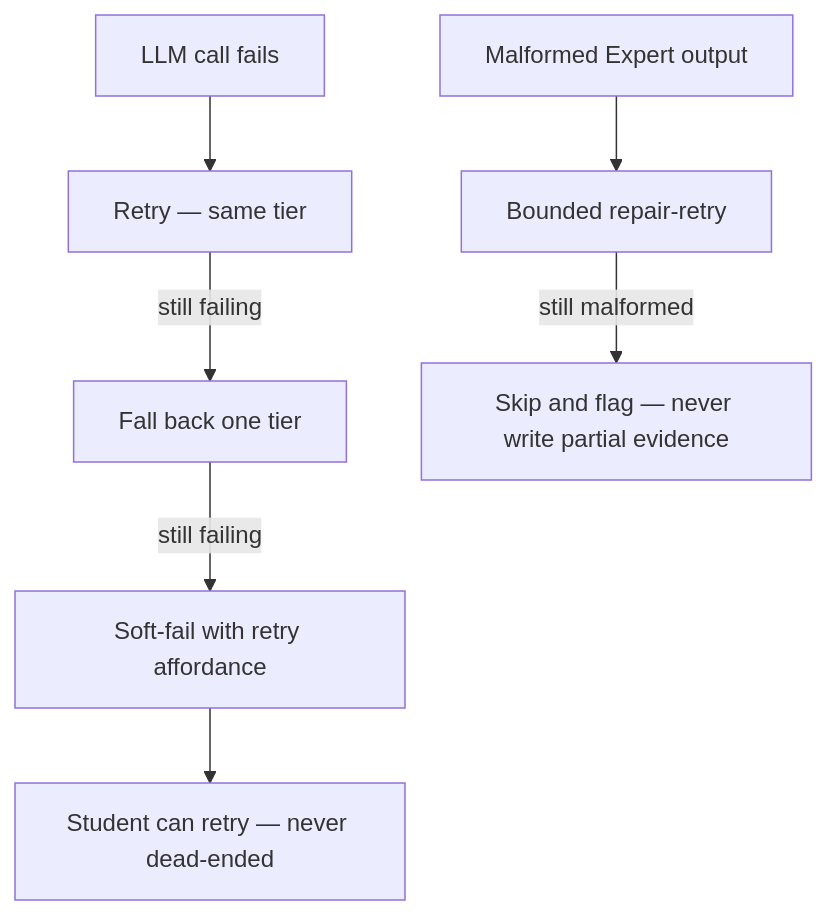
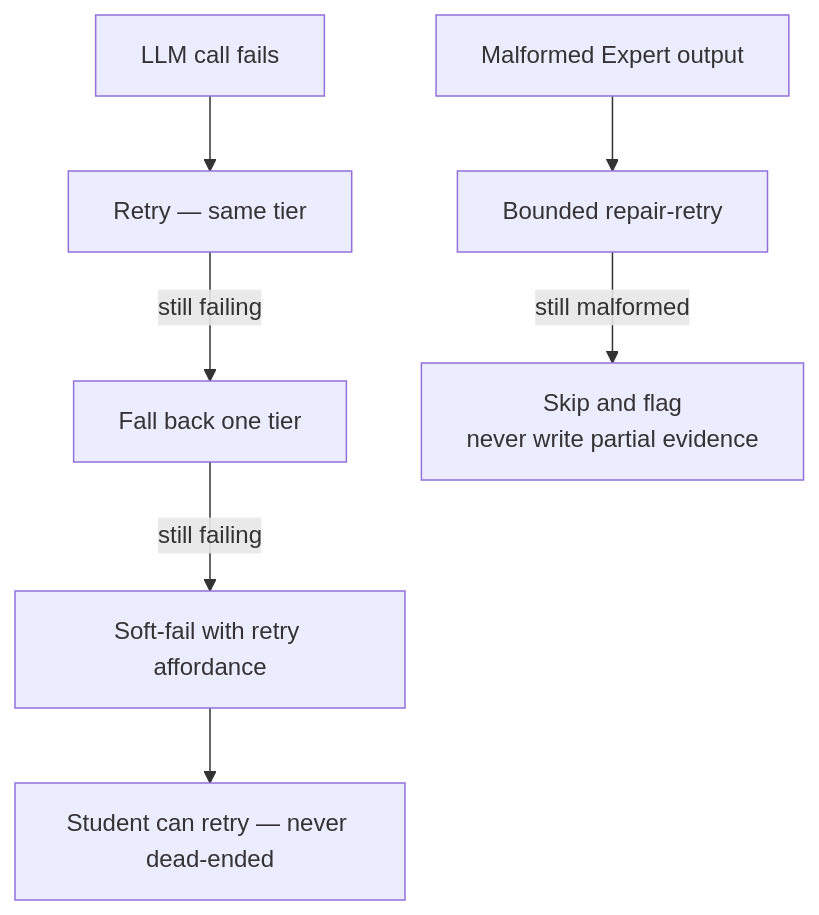
Before and after one commit to stemolly/wiki: the first of 2 diagrams in src/content/docs/engineering/observability.md, drawn with Mermaid. The commit also changed other lines of this file and 57 other files, not shown here.

````diff
--- a/src/content/docs/engineering/observability.md
+++ b/src/content/docs/engineering/observability.md
@@ -88,10 +98,10 @@
 ```mermaid
 flowchart TD
     A["LLM call fails"] --> B["Retry — same tier"]
     B -->|"still failing"| C["Fall back one tier"]
     C -->|"still failing"| D["Soft-fail with retry affordance"]
     D --> E["Student can retry — never dead-ended"]
 
     F["Malformed Expert output"] --> G["Bounded repair-retry"]
-    G -->|"still malformed"| H["Skip and flag — never write partial evidence"]
+    G -->|"still malformed"| H["Skip and flag<br/>never write partial evidence"]
 ```
````
